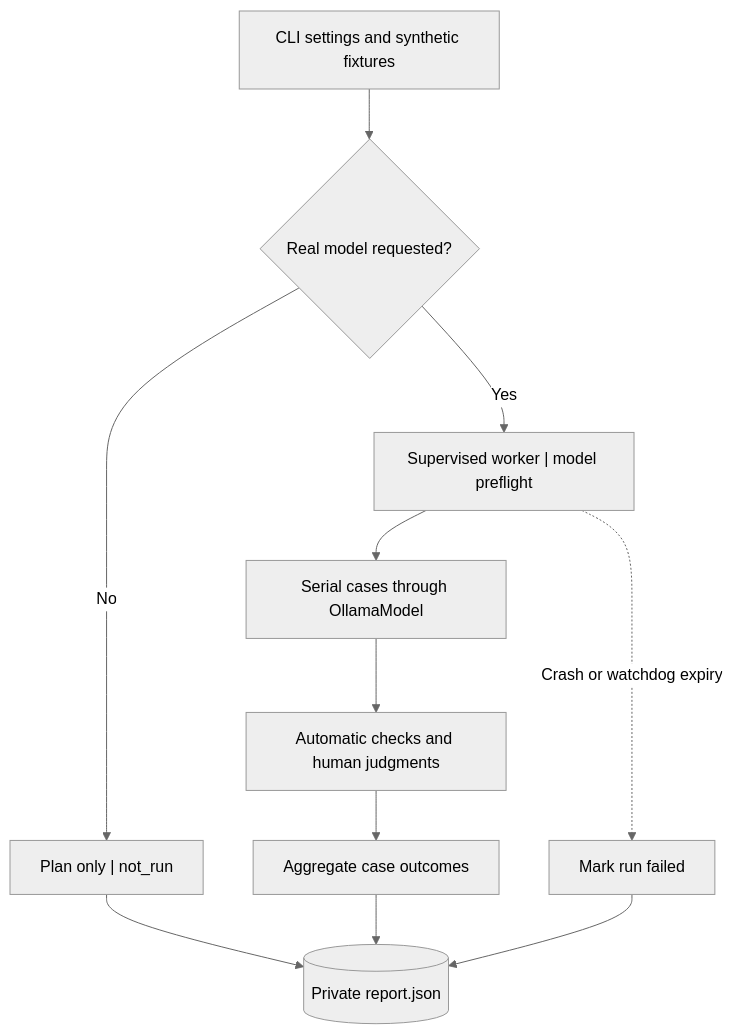
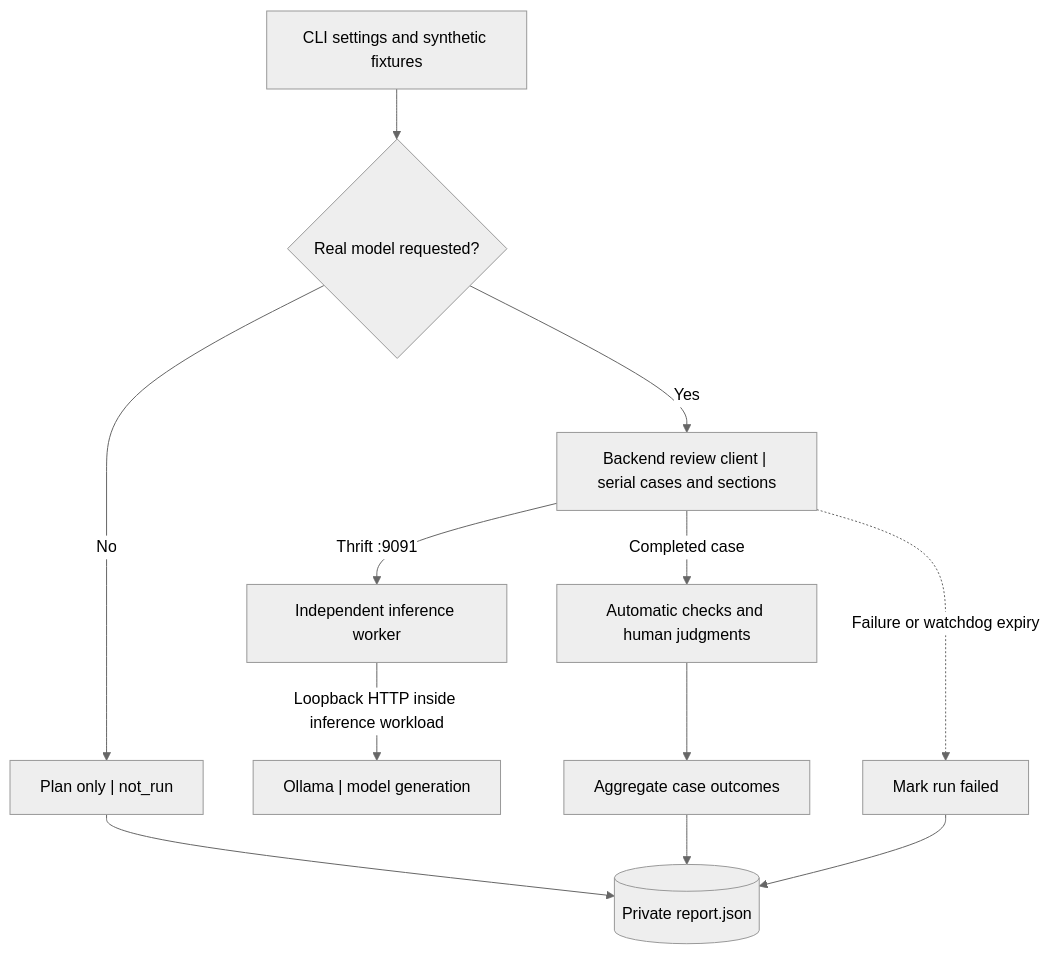
The diagram in docs/testing/model-evaluation.md (GodfreyLyu/LocalQwenDemo), drawn with Mermaid (neutral theme) before and after one commit. The commit also changed other lines of this file and 154 other files, not shown here.

````diff
--- a/docs/testing/model-evaluation.md
+++ b/docs/testing/model-evaluation.md
@@ -13,21 +16,25 @@
 ```mermaid
 flowchart TB
     accTitle: Plan or evaluate the synthetic review suite
-    accDescr: CLI settings and fixed fixtures form a private evaluation plan. Plan mode saves not_run without contacting Ollama. Real mode supervises one serial client worker, validates the model and runs cases through the production Ollama adapter. Automatic checks and explicit human judgments determine the aggregate result. Crashes and watchdog expiry fail the run.
+    accDescr: CLI settings and fixed fixtures form a private plan without contacting the inference service. Real mode supervises a client that owns review prompts and section orchestration, sending generic tasks to the service and its Ollama child. Automatic checks and explicit human judgments determine the result; client failure or watchdog expiry fails the run.
     inputs["CLI settings and synthetic fixtures"]
     mode{"Real model requested?"}
     plan["Plan only | not_run"]
-    worker["Supervised worker | model preflight"]
-    cases["Serial cases through OllamaModel"]
+    client["Backend review client | serial cases and sections"]
+    worker["Independent inference worker"]
+    ollama["Ollama | model generation"]
     checks["Automatic checks and human judgments"]
     aggregate["Aggregate case outcomes"]
     failure["Mark run failed"]
     report[("Private report.json")]
     inputs --> mode
     mode -->|"No"| plan
     plan --> report
-    mode -->|"Yes"| worker
-    worker --> cases --> checks --> aggregate --> report
-    worker -.->|"Crash or watchdog expiry"| failure
+    mode -->|"Yes"| client
+    client -->|"Thrift :9091"| worker
+    worker -->|"Loopback HTTP inside inference workload"| ollama
+    client -->|"Completed case"| checks
+    checks --> aggregate --> report
+    client -.->|"Failure or watchdog expiry"| failure
     failure --> report
 ```
````
